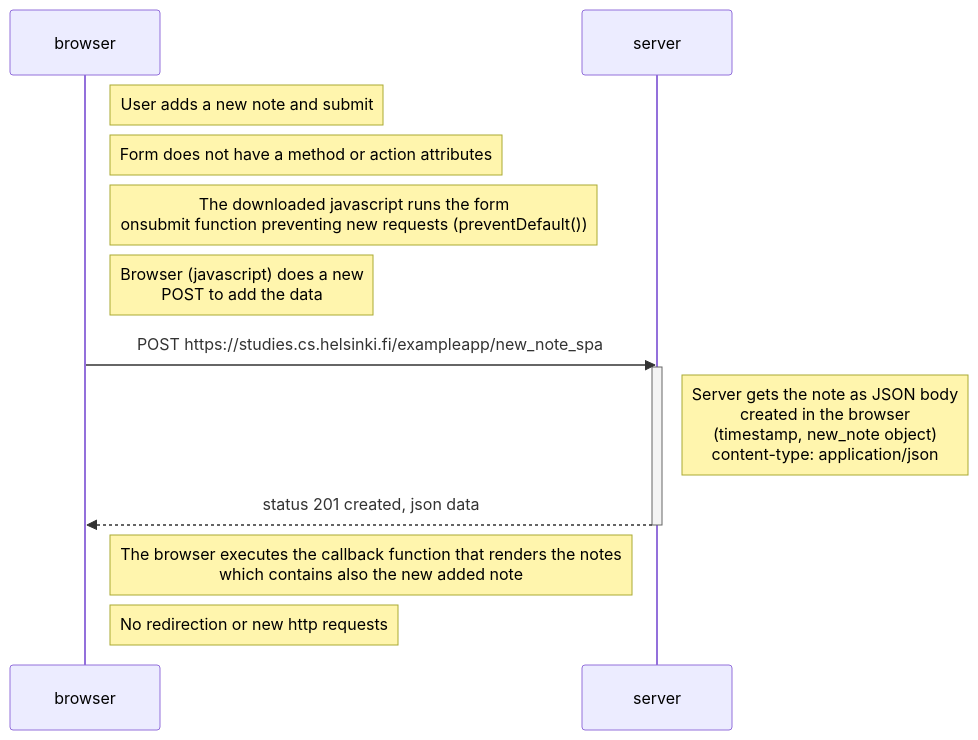
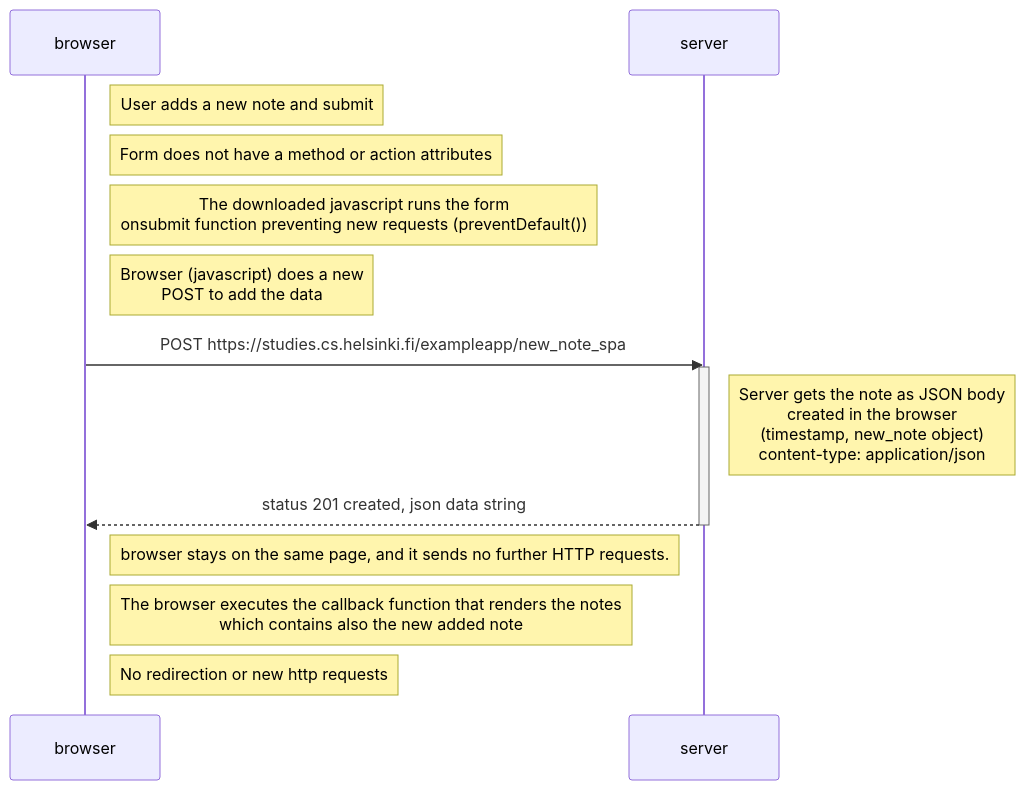
The diagram in part0/06-new-note-spa.md (imarag/fullstack-open-exercises), drawn with Mermaid before and after one commit.

Commit message:
fixed an error in the 06 exercise

````diff
--- a/part0/06-new-note-spa.md
+++ b/part0/06-new-note-spa.md
@@ -1,19 +1,20 @@
 ```mermaid
     sequenceDiagram
-    participant browser
-    participant server
-        Note right of browser: User adds a new note and submit
-        Note right of browser: Form does not have a method or action attributes
-        Note right of browser: The downloaded javascript runs the form <br>onsubmit function preventing new requests (preventDefault())
-        Note right of browser: Browser (javascript) does a new<br> POST to add  the data
+        participant browser
+        participant server
+            Note right of browser: User adds a new note and submit
+            Note right of browser: Form does not have a method or action attributes
+            Note right of browser: The downloaded javascript runs the form <br>onsubmit function preventing new requests (preventDefault())
+            Note right of browser: Browser (javascript) does a new<br> POST to add  the data
 
-        browser->>server: POST https://studies.cs.helsinki.fi/exampleapp/new_note_spa
-        activate server
-        Note right of server: Server gets the note as JSON body<br>created in the browser<br>(timestamp, new_note object)<br>content-type: application/json
+            browser->>server: POST https://studies.cs.helsinki.fi/exampleapp/new_note_spa
+            activate server
+            Note right of server: Server gets the note as JSON body<br>created in the browser<br>(timestamp, new_note object)<br>content-type: application/json
 
-        server-->>browser: status 201 created, json data
-        deactivate server
+            server-->>browser: status 201 created, json data string
+            deactivate server
 
-        Note right of browser: The browser executes the callback function that renders the notes <br> which contains also the new added note
-        Note right of browser: No redirection or new http requests
+            Note right of browser:  browser stays on the same page, and it sends no further HTTP requests.
+            Note right of browser: The browser executes the callback function that renders the notes <br> which contains also the new added note
+            Note right of browser: No redirection or new http requests
 ```
````
